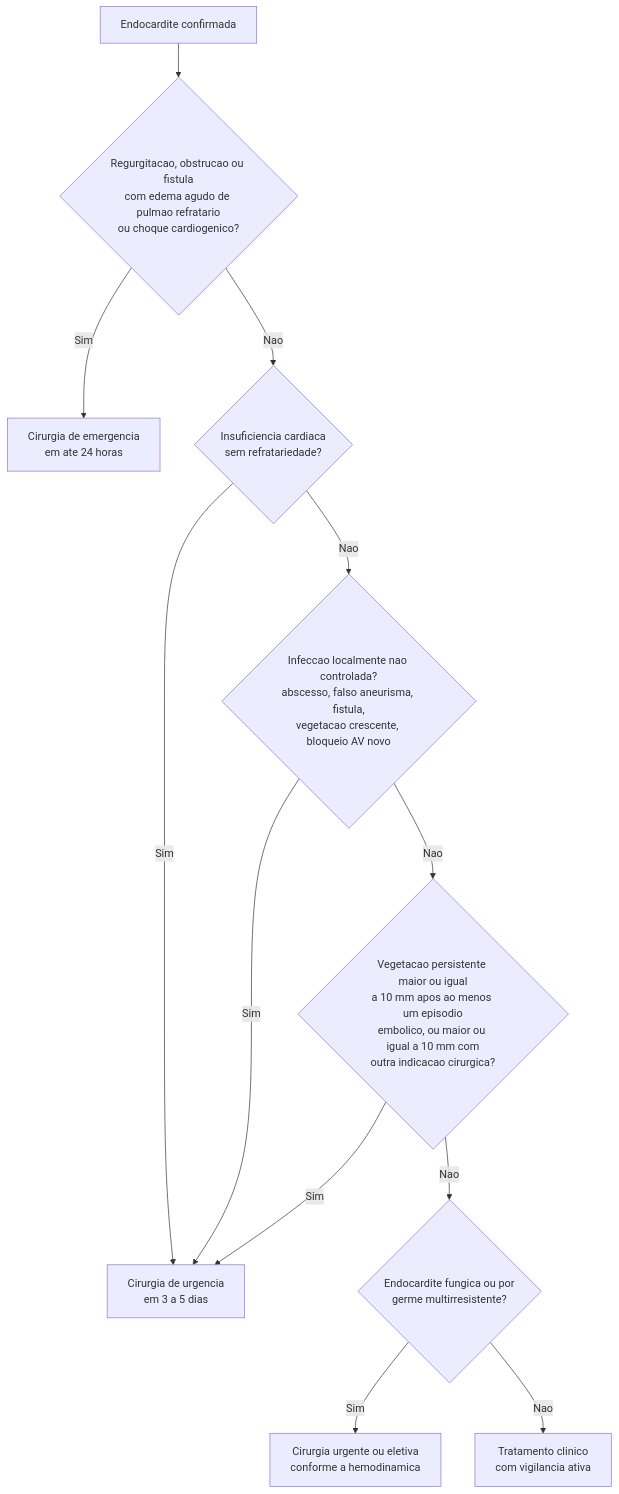
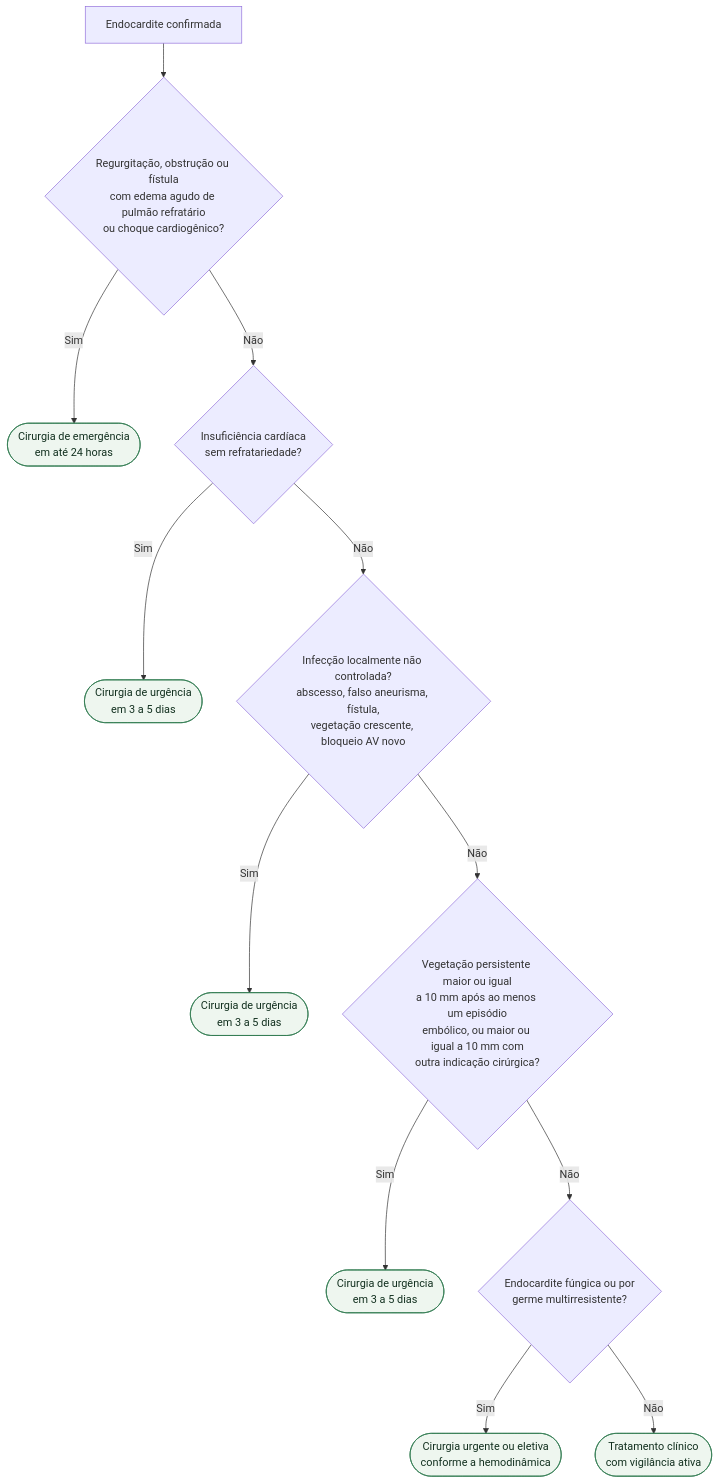
Before and after one commit to rafaelpaesmeirelles/MeuCardio: the second of 2 diagrams in content/Endocardite/fluxograma-endocardite-infecciosa-esc-2023.md, drawn with Mermaid. The commit also changed other lines of this file and 18 other files, not shown here.

````diff
--- a/content/Endocardite/fluxograma-endocardite-infecciosa-esc-2023.md
+++ b/content/Endocardite/fluxograma-endocardite-infecciosa-esc-2023.md
@@ -77,18 +68,26 @@
 ```mermaid
 flowchart TD
-  A["Endocardite confirmada"] --> B{"Regurgitacao, obstrucao ou fistula<br/>com edema agudo de pulmao refratario<br/>ou choque cardiogenico?"}
-  B -->|Sim| C["Cirurgia de emergencia<br/>em ate 24 horas"]
+  R0["Endocardite confirmada"] --> D1{"Regurgitação, obstrução ou fístula<br/>com edema agudo de pulmão refratário<br/>ou choque cardiogênico?"}
 
-  B -->|Nao| D{"Insuficiencia cardiaca<br/>sem refratariedade?"}
-  D -->|Sim| E["Cirurgia de urgencia<br/>em 3 a 5 dias"]
+  D1 -->|Sim| C1(["Cirurgia de emergência<br/>em até 24 horas"])
 
-  D -->|Nao| F{"Infeccao localmente nao controlada?<br/>abscesso, falso aneurisma, fistula,<br/>vegetacao crescente, bloqueio AV novo"}
-  F -->|Sim| E
+  D1 -->|Não| D2{"Insuficiência cardíaca<br/>sem refratariedade?"}
 
-  F -->|Nao| G{"Vegetacao persistente maior ou igual<br/>a 10 mm apos ao menos um episodio<br/>embolico, ou maior ou igual a 10 mm com<br/>outra indicacao cirurgica?"}
-  G -->|Sim| E
+  D2 -->|Sim| C2(["Cirurgia de urgência<br/>em 3 a 5 dias"])
 
-  G -->|Nao| H{"Endocardite fungica ou por<br/>germe multirresistente?"}
-  H -->|Sim| I["Cirurgia urgente ou eletiva<br/>conforme a hemodinamica"]
-  H -->|Nao| J["Tratamento clinico<br/>com vigilancia ativa"]
+  D2 -->|Não| D3{"Infecção localmente não controlada?<br/>abscesso, falso aneurisma, fístula,<br/>vegetação crescente, bloqueio AV novo"}
+
+  D3 -->|Sim| C3(["Cirurgia de urgência<br/>em 3 a 5 dias"])
+
+  D3 -->|Não| D4{"Vegetação persistente maior ou igual<br/>a 10 mm após ao menos um episódio<br/>embólico, ou maior ou igual a 10 mm com<br/>outra indicação cirúrgica?"}
+
+  D4 -->|Sim| C4(["Cirurgia de urgência<br/>em 3 a 5 dias"])
+
+  D4 -->|Não| D5{"Endocardite fúngica ou por<br/>germe multirresistente?"}
+
+  D5 -->|Sim| C5(["Cirurgia urgente ou eletiva<br/>conforme a hemodinâmica"])
+  D5 -->|Não| C6(["Tratamento clínico<br/>com vigilância ativa"])
+
+  classDef conduta fill:#eef6ef,stroke:#2f7a4f,color:#12301f;
+  class C1,C2,C3,C4,C5,C6 conduta;
 ```
````
